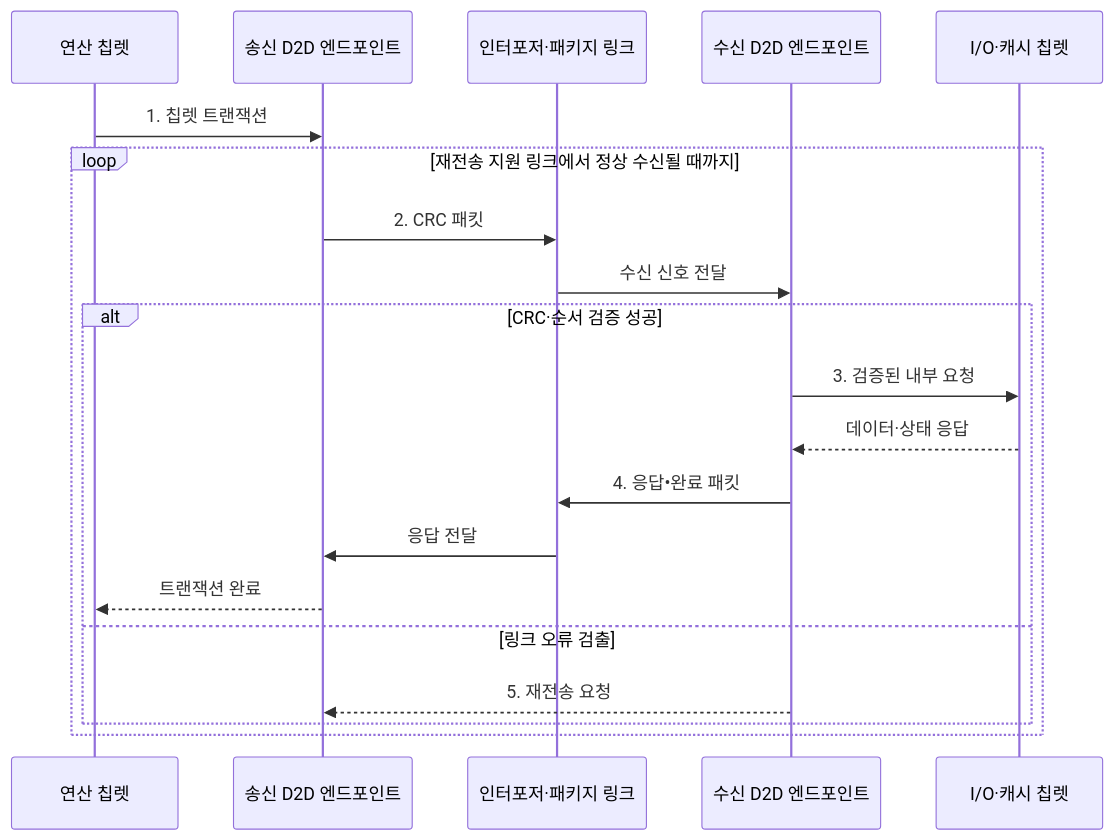
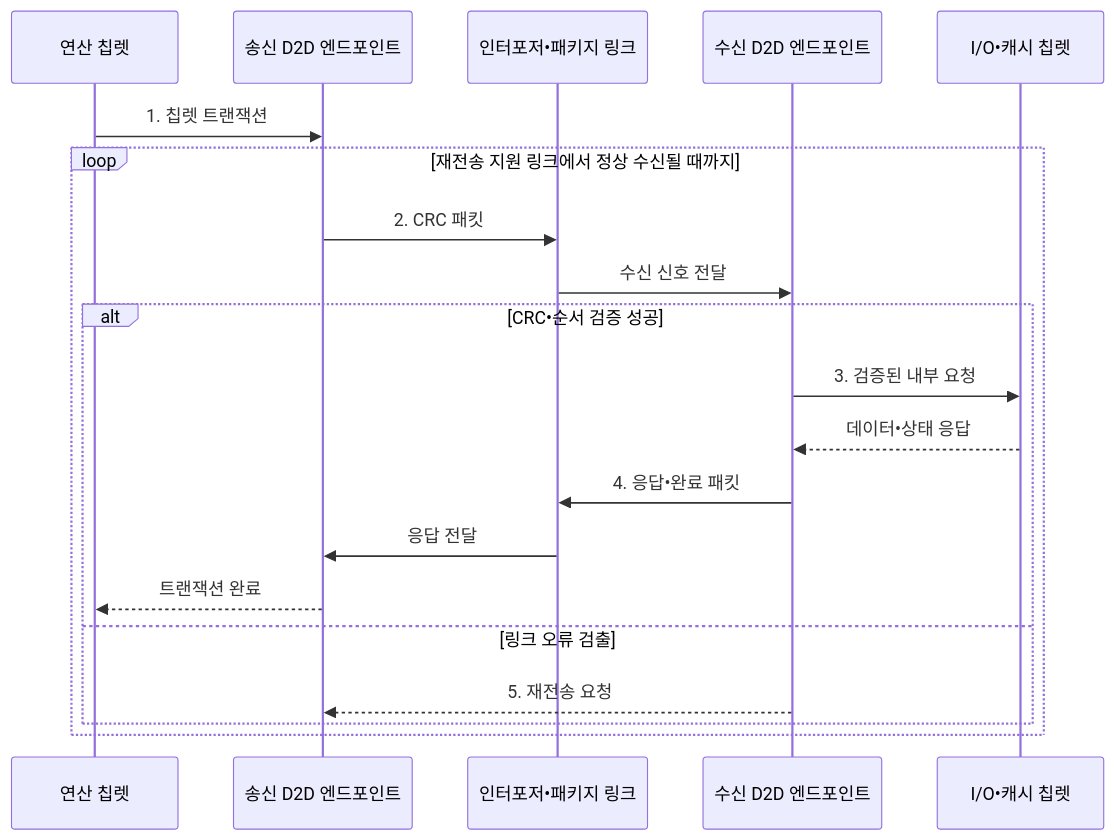
Before and after one commit to agnusdei1207/knowledge-base: the second of 2 diagrams in src/content/docs/notes/02-hardware/049_chiplet.md, drawn with Mermaid. The commit also changed other lines of this file and 953 other files, not shown here.

````diff
--- a/src/content/docs/notes/02-hardware/049_chiplet.md
+++ b/src/content/docs/notes/02-hardware/049_chiplet.md
@@ -103,23 +103,23 @@
 ```mermaid
 sequenceDiagram
     participant C as 연산 칩렛
     participant A as 송신 D2D 엔드포인트
-    participant L as 인터포저·패키지 링크
+    participant L as 인터포저•패키지 링크
     participant B as 수신 D2D 엔드포인트
-    participant I as I/O·캐시 칩렛
+    participant I as I/O•캐시 칩렛
 
     C->>A: 1. 칩렛 트랜잭션
     loop 재전송 지원 링크에서 정상 수신될 때까지
         A->>L: 2. CRC 패킷
         L->>B: 수신 신호 전달
-        alt CRC·순서 검증 성공
+        alt CRC•순서 검증 성공
             B->>I: 3. 검증된 내부 요청
-            I-->>B: 데이터·상태 응답
+            I-->>B: 데이터•상태 응답
             B->>L: 4. 응답•완료 패킷
             L->>A: 응답 전달
             A-->>C: 트랜잭션 완료
         else 링크 오류 검출
             B-->>A: 5. 재전송 요청
         end
     end
 ```
````
